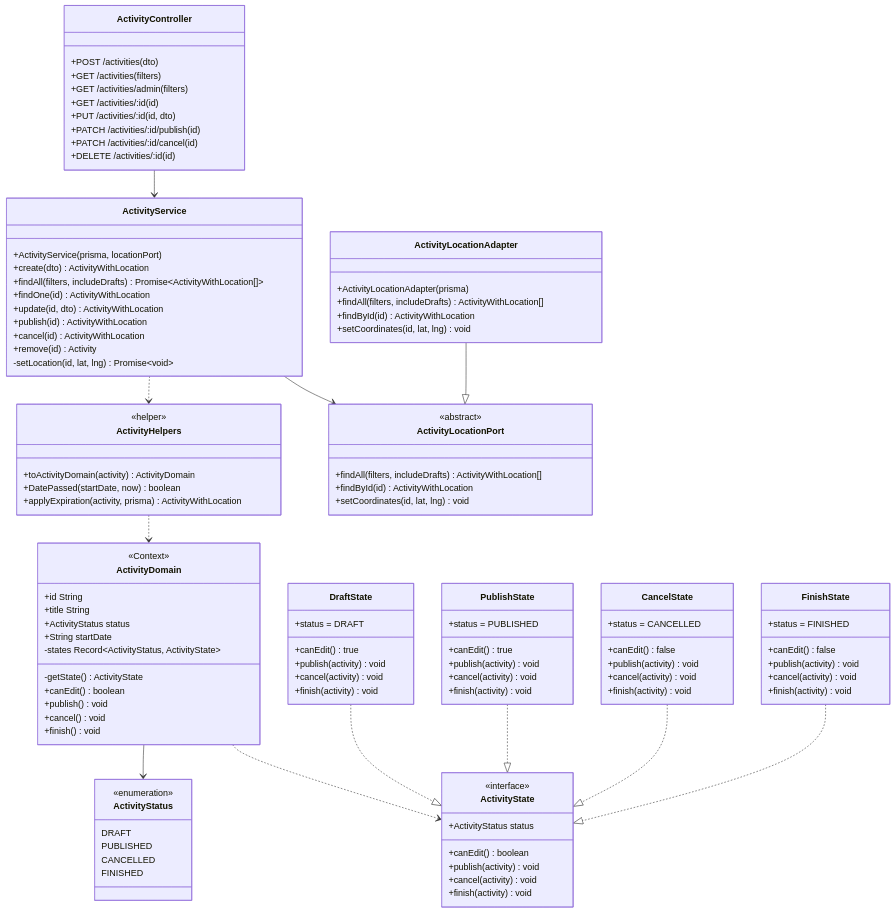
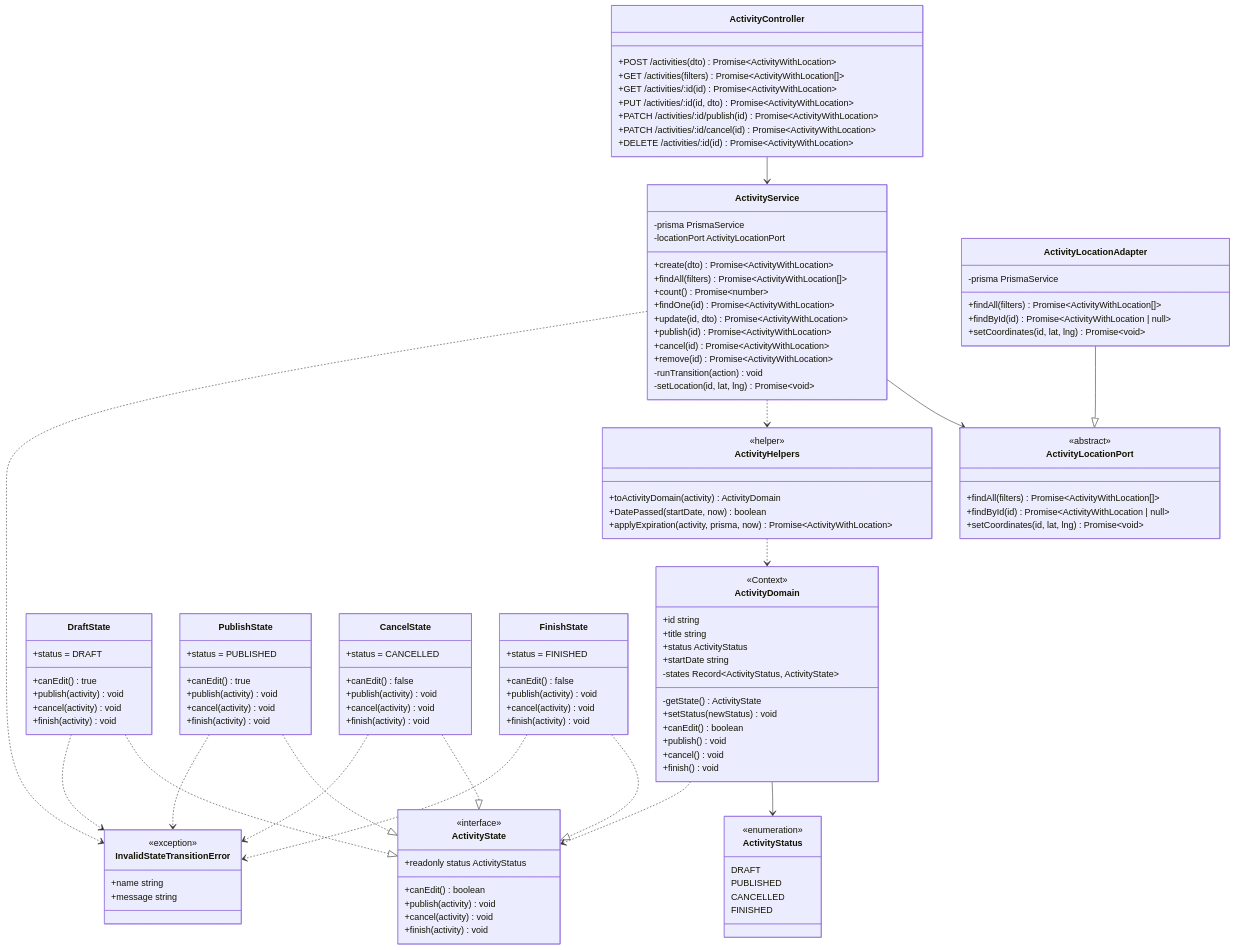
The second of 2 diagrams in docs/patrones-comportamentales/justificacion.md (CaroDevs/Grupo1_Reto1_EventosMedellin), drawn with Mermaid before and after one commit.

Commit message:
Update justificacion Patron State.md

````diff
--- a/docs/patrones-comportamentales/justificacion.md
+++ b/docs/patrones-comportamentales/justificacion.md
@@ -98,56 +98,59 @@
 ```mermaid
 classDiagram
     class ActivityController {
-            +POST /activities(dto)
-            +GET /activities(filters)
-            +GET /activities/admin(filters)
-            +GET /activities/:id(id)
-            +PUT /activities/:id(id, dto)
-            +PATCH /activities/:id/publish(id)
-            +PATCH /activities/:id/cancel(id)
-            +DELETE /activities/:id(id)
+        +POST /activities(dto) Promise~ActivityWithLocation~
+        +GET /activities(filters) Promise~ActivityWithLocation[]~
+        +GET /activities/:id(id) Promise~ActivityWithLocation~
+        +PUT /activities/:id(id, dto) Promise~ActivityWithLocation~
+        +PATCH /activities/:id/publish(id) Promise~ActivityWithLocation~
+        +PATCH /activities/:id/cancel(id) Promise~ActivityWithLocation~
+        +DELETE /activities/:id(id) Promise~ActivityWithLocation~
         }
 
     class ActivityService {
-        +ActivityService(prisma, locationPort)
-        +create(dto) ActivityWithLocation
-        +findAll(filters, includeDrafts) Promise~ActivityWithLocation[]~
-        +findOne(id) ActivityWithLocation
-        +update(id, dto) ActivityWithLocation
-        +publish(id) ActivityWithLocation
-        +cancel(id) ActivityWithLocation
-        +remove(id) Activity
+        -prisma PrismaService
+        -locationPort ActivityLocationPort
+        +create(dto) Promise~ActivityWithLocation~
+        +findAll(filters) Promise~ActivityWithLocation[]~
+        +count() Promise~number~
+        +findOne(id) Promise~ActivityWithLocation~
+        +update(id, dto) Promise~ActivityWithLocation~
+        +publish(id) Promise~ActivityWithLocation~
+        +cancel(id) Promise~ActivityWithLocation~
+        +remove(id) Promise~ActivityWithLocation~
+        -runTransition(action) void
         -setLocation(id, lat, lng) Promise~void~
     }
     class ActivityHelpers {
-            <<helper>>
-            +toActivityDomain(activity) ActivityDomain
-            +DatePassed(startDate, now) boolean
-            +applyExpiration(activity, prisma) ActivityWithLocation
+        <<helper>>
+        +toActivityDomain(activity) ActivityDomain
+        +DatePassed(startDate, now) boolean
+        +applyExpiration(activity, prisma, now) Promise~ActivityWithLocation~
         }
 
     class ActivityLocationPort {
         <<abstract>>
-        +findAll(filters, includeDrafts) ActivityWithLocation[]
-        +findById(id) ActivityWithLocation
-        +setCoordinates(id, lat, lng) void
+        +findAll(filters) Promise~ActivityWithLocation[]~
+        +findById(id) Promise~ActivityWithLocation | null~
+        +setCoordinates(id, lat, lng) Promise~void~
     }
 
     class ActivityLocationAdapter {
-        +ActivityLocationAdapter(prisma)
-        +findAll(filters, includeDrafts) ActivityWithLocation[]
-        +findById(id) ActivityWithLocation
-        +setCoordinates(id, lat, lng) void
+        -prisma PrismaService
+        +findAll(filters) Promise~ActivityWithLocation[]~
+        +findById(id) Promise~ActivityWithLocation | null~
+        +setCoordinates(id, lat, lng) Promise~void~
     }
 
     class ActivityDomain {
         <<Context>>
-        +id String
-        +title String
-        +ActivityStatus status
-        +String startDate
+        +id string
+        +title string
+        +status ActivityStatus
+        +startDate string
         -states Record~ActivityStatus, ActivityState~
         -getState() ActivityState
+        +setStatus(newStatus) void
         +canEdit() boolean
         +publish() void
         +cancel() void
@@ -165,7 +168,7 @@
 
     class ActivityState {
         <<interface>>
-        +ActivityStatus status
+        +readonly status ActivityStatus
         +canEdit() boolean
         +publish(activity) void
         +cancel(activity) void
@@ -196,23 +199,33 @@
         +finish(activity) void
     }
     class FinishState {
-            +status = FINISHED
-            +canEdit() false
-            +publish(activity) void
-            +cancel(activity) void
-            +finish(activity) void
-        }
+        +status = FINISHED
+        +canEdit() false
+        +publish(activity) void
+        +cancel(activity) void
+        +finish(activity) void
+    }
+    class InvalidStateTransitionError {
+        <<exception>>
+        +name string
+        +message string
+    }
 
     ActivityController --> ActivityService
     ActivityService --> ActivityLocationPort
     ActivityService ..> ActivityHelpers
-    ActivityHelpers ..> ActivityDomain 
+    ActivityService ..> InvalidStateTransitionError
+    ActivityHelpers ..> ActivityDomain
     ActivityLocationAdapter --|> ActivityLocationPort
 
     ActivityDomain --> ActivityStatus
-    ActivityDomain ..> ActivityState 
+    ActivityDomain ..> ActivityState
     DraftState ..|> ActivityState
     PublishState ..|> ActivityState
     CancelState ..|> ActivityState
     FinishState ..|> ActivityState
+    DraftState ..> InvalidStateTransitionError
+    PublishState ..> InvalidStateTransitionError
+    CancelState ..> InvalidStateTransitionError
+    FinishState ..> InvalidStateTransitionError
 ```
````
